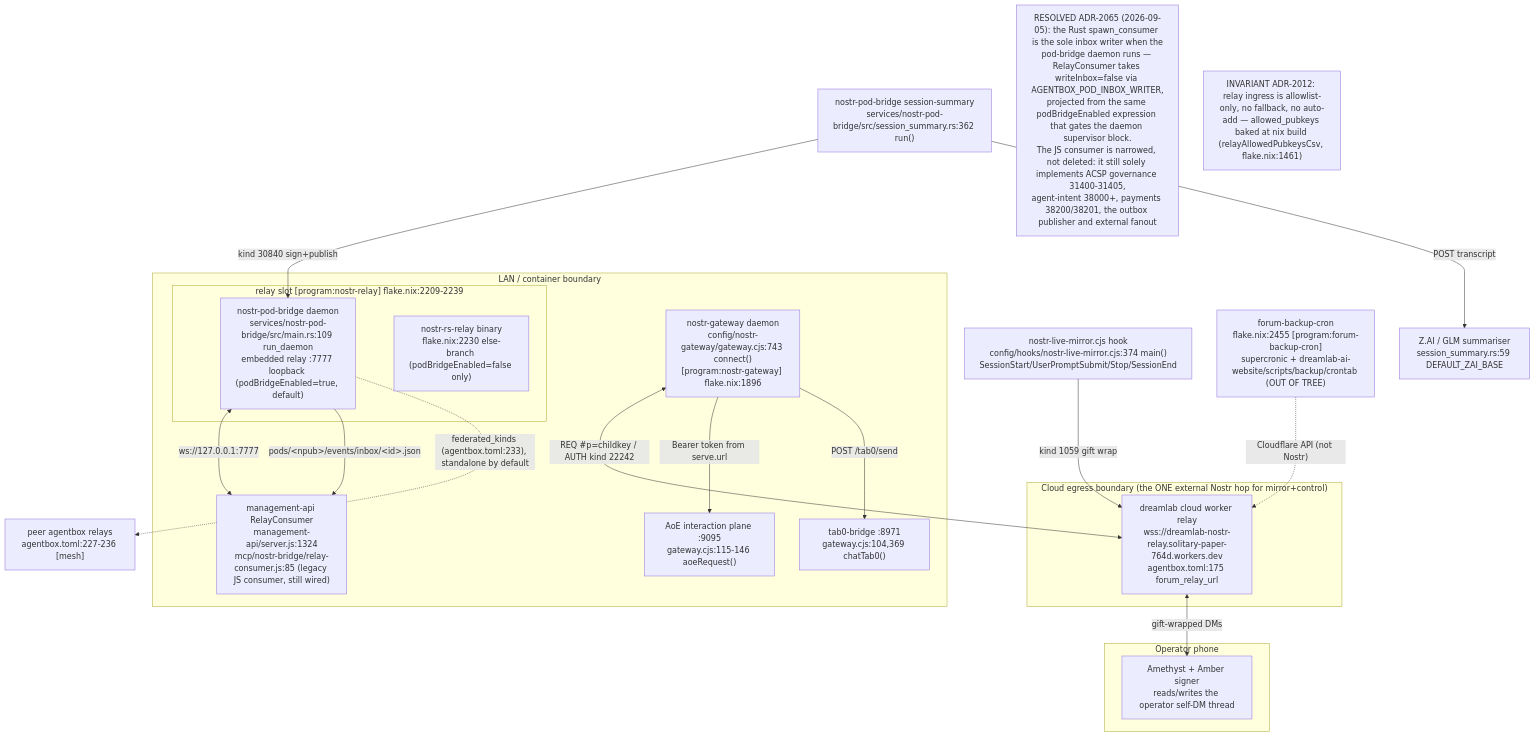
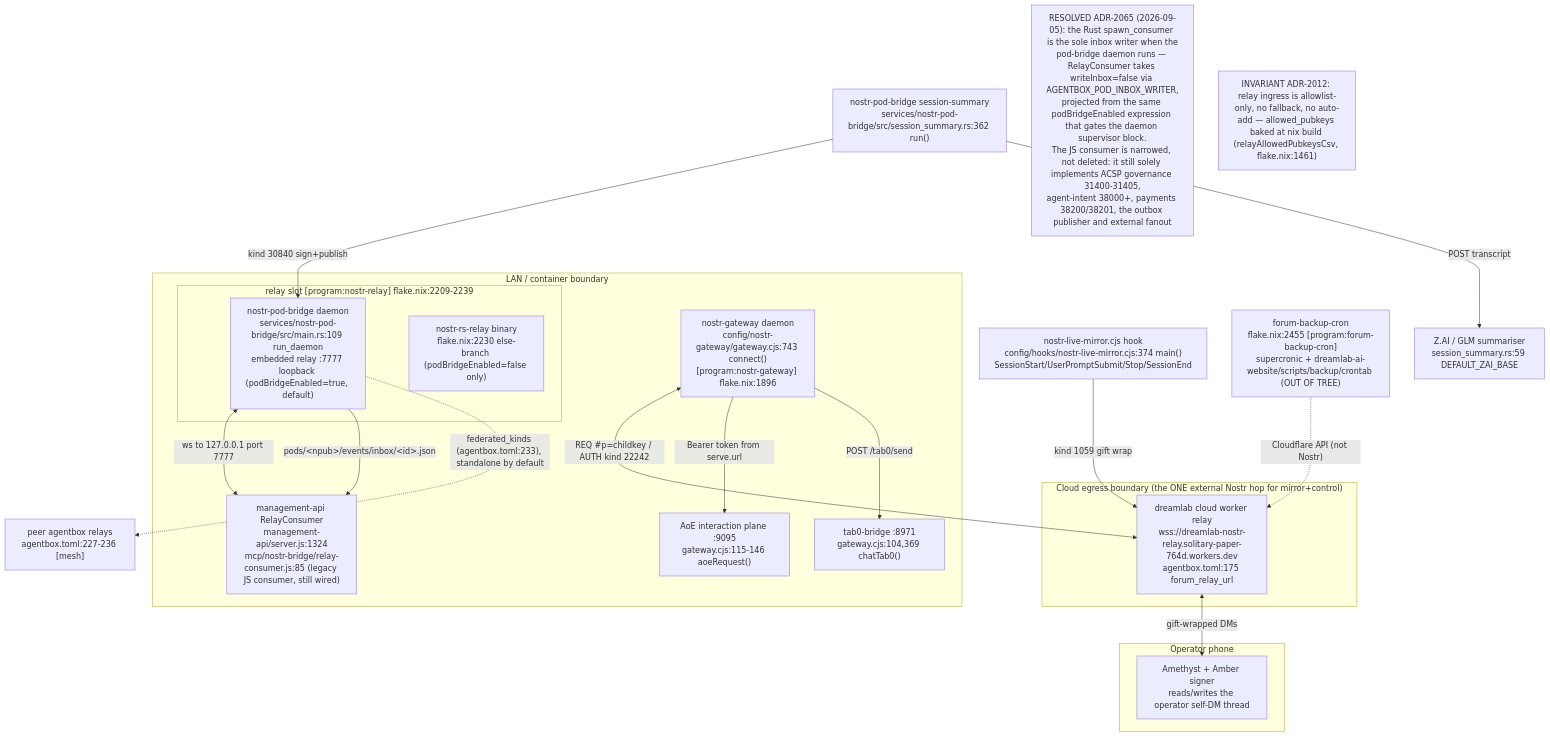
One commit to DreamLab-AI/VisionFlow changed the first of 17 diagrams in docs/diagrams/agentbox/13-nostr-relay-gateway-bridge-mirror.md. Above: the diagram before and after it, drawn with Mermaid. The commit also changed 185 other files, not shown here.

Commit message:
docs(estate): reconcile diagrams and ADRs with source and define closeout sprint

````diff
--- a/docs/diagrams/agentbox/13-nostr-relay-gateway-bridge-mirror.md
+++ b/docs/diagrams/agentbox/13-nostr-relay-gateway-bridge-mirror.md
@@ -42,39 +42,39 @@
 ```mermaid
 flowchart TB
     subgraph lan["LAN / container boundary"]
         subgraph relayslot["relay slot [program:nostr-relay] flake.nix:2209-2239"]
             PB["nostr-pod-bridge daemon<br/>services/nostr-pod-bridge/src/main.rs:109 run_daemon<br/>embedded relay :7777 loopback (podBridgeEnabled=true, default)"]
             RS["nostr-rs-relay binary<br/>flake.nix:2230 else-branch (podBridgeEnabled=false only)"]
         end
         GW["nostr-gateway daemon<br/>config/nostr-gateway/gateway.cjs:743 connect()<br/>[program:nostr-gateway] flake.nix:1896"]
         MGMT["management-api RelayConsumer<br/>management-api/server.js:1324<br/>mcp/nostr-bridge/relay-consumer.js:85 (legacy JS consumer, still wired)"]
         AOE["AoE interaction plane :9095<br/>gateway.cjs:115-146 aoeRequest()"]
         TAB0["tab0-bridge :8971<br/>gateway.cjs:104,369 chatTab0()"]
     end
     subgraph cloud["Cloud egress boundary (the ONE external Nostr hop for mirror+control)"]
         CLOUD["dreamlab cloud worker relay<br/>wss://dreamlab-nostr-relay.solitary-paper-764d.workers.dev<br/>agentbox.toml:175 forum_relay_url"]
     end
     subgraph phone["Operator phone"]
         AME["Amethyst + Amber signer<br/>reads/writes the operator self-DM thread"]
     end
     MIRROR["nostr-live-mirror.cjs hook<br/>config/hooks/nostr-live-mirror.cjs:374 main()<br/>SessionStart/UserPromptSubmit/Stop/SessionEnd"]
     DIGEST["nostr-pod-bridge session-summary<br/>services/nostr-pod-bridge/src/session_summary.rs:362 run()"]
     ZAI["Z.AI / GLM summariser<br/>session_summary.rs:59 DEFAULT_ZAI_BASE"]
     FORUM["forum-backup-cron<br/>flake.nix:2455 [program:forum-backup-cron]<br/>supercronic + dreamlab-ai-website/scripts/backup/crontab (OUT OF TREE)"]
     MESH["peer agentbox relays<br/>agentbox.toml:227-236 [mesh]"]
 
     MIRROR -->|"kind 1059 gift wrap"| CLOUD
     GW <-->|"REQ #p=childkey / AUTH kind 22242"| CLOUD
     CLOUD <-->|"gift-wrapped DMs"| AME
     DIGEST -->|"kind 30840 sign+publish"| PB
     DIGEST -->|"POST transcript"| ZAI
-    PB <-->|"ws://127.0.0.1:7777"| MGMT
+    PB <-->|"ws to 127.0.0.1 port 7777"| MGMT
     PB -->|"pods/&lt;npub&gt;/events/inbox/&lt;id&gt;.json"| MGMT
     GW -->|"Bearer token from serve.url"| AOE
     GW -->|"POST /tab0/send"| TAB0
     PB -.->|"federated_kinds (agentbox.toml:233), standalone by default"| MESH
     FORUM -.->|"Cloudflare API (not Nostr)"| CLOUD
 
 N1["RESOLVED ADR-2065 (2026-09-05): the Rust spawn_consumer is the sole inbox writer when the<br/>pod-bridge daemon runs — RelayConsumer takes writeInbox=false via AGENTBOX_POD_INBOX_WRITER,<br/>projected from the same podBridgeEnabled expression that gates the daemon supervisor block.<br/>The JS consumer is narrowed, not deleted: it still solely implements ACSP governance 31400-31405,<br/>agent-intent 38000+, payments 38200/38201, the outbox publisher and external fanout"]
     N2["INVARIANT ADR-2012: relay ingress is allowlist-only, no fallback, no auto-add — allowed_pubkeys baked at nix build (relayAllowedPubkeysCsv, flake.nix:1461)"]
 ```
````
